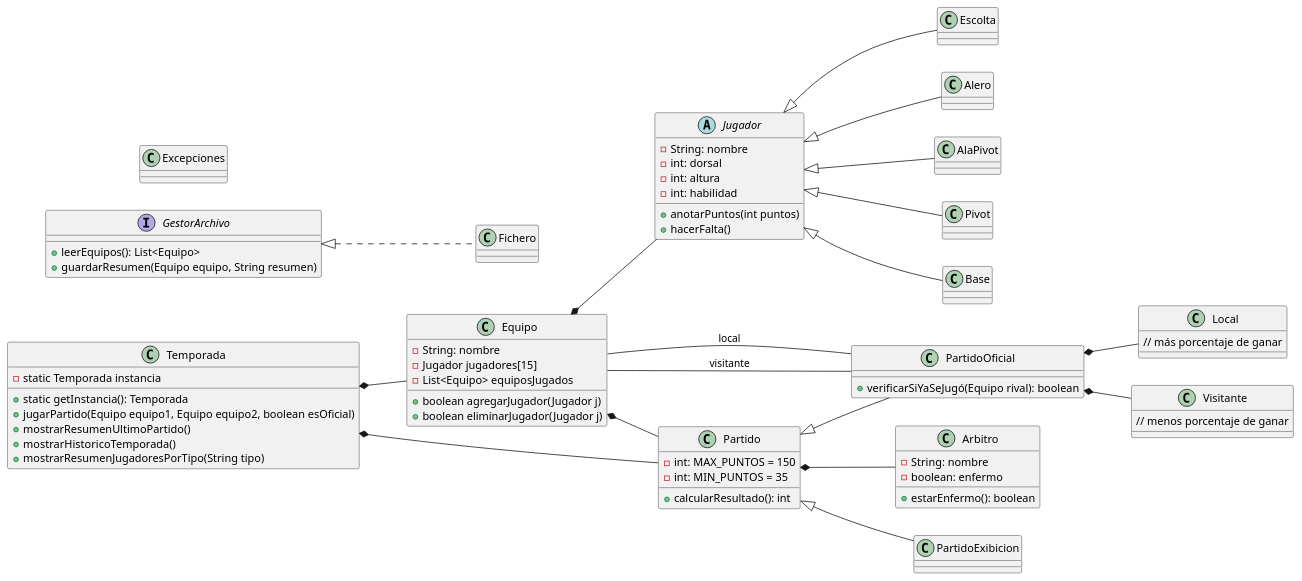
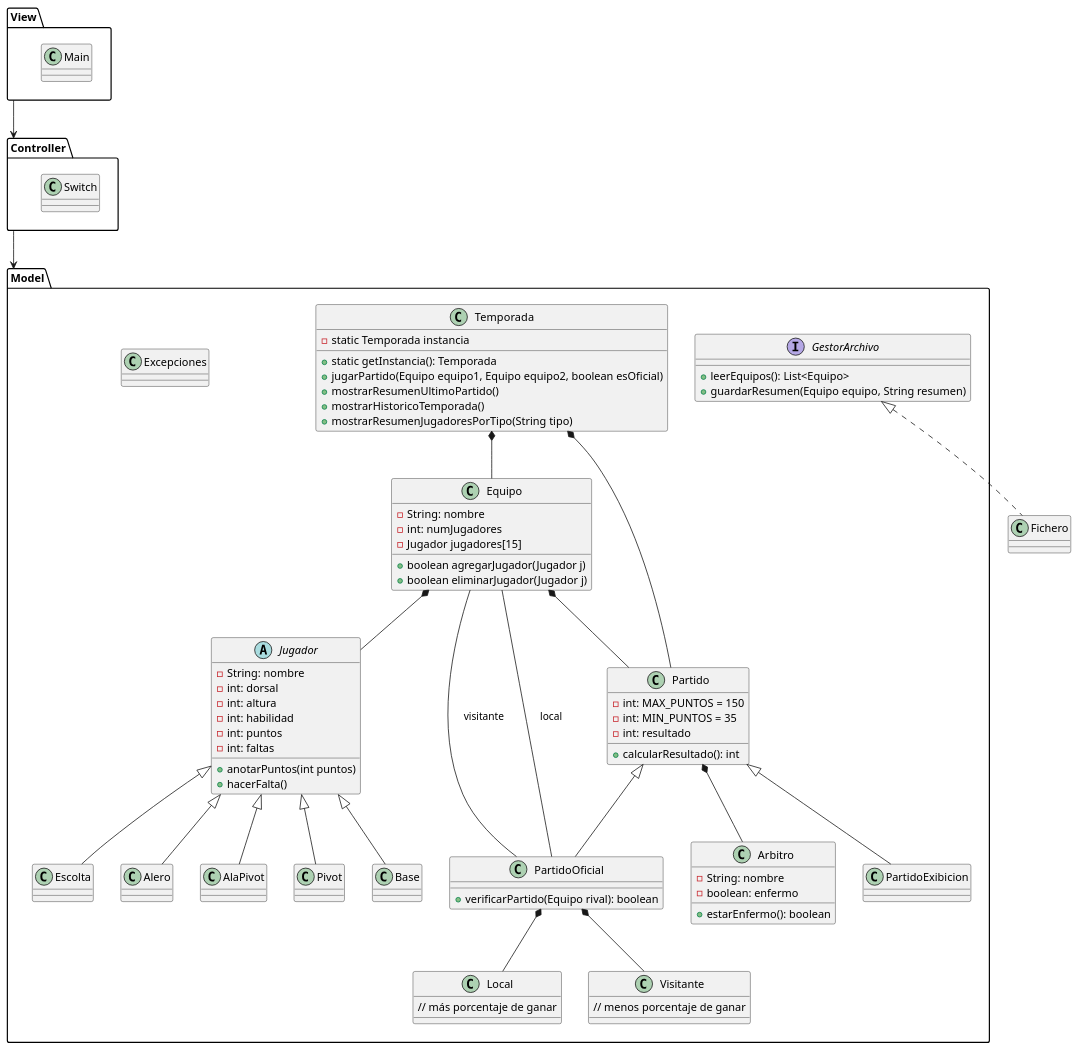
One commit to Jorgge22/Practica_3Evaluacion changed the diagram in practica/disenyo/disenyo.pu. Above: the diagram before and after it, drawn with PlantUML. The commit also changed 67 other files, not shown here.

```diff
--- a/practica/disenyo/disenyo.pu
+++ b/practica/disenyo/disenyo.pu
@@ -1,103 +1,119 @@
 @startuml basket
-left to right direction
+top to bottom direction
 
-class Equipo {
-    -String: nombre
-    -Jugador jugadores[15]
-    -List<Equipo> equiposJugados
-    +boolean agregarJugador(Jugador j)
-    +boolean eliminarJugador(Jugador j)
+package Model{
+    class Equipo {
+        -String: nombre
+        -int: numJugadores
+        -Jugador jugadores[15]
+        +boolean agregarJugador(Jugador j)
+        +boolean eliminarJugador(Jugador j)
+    }
+
+    abstract class Jugador {
+        -String: nombre
+        -int: dorsal
+        -int: altura
+        -int: habilidad
+        -int: puntos
+        -int: faltas
+        +anotarPuntos(int puntos)
+        +hacerFalta()
+    }
+
+    class Base {
+    }
+
+    class Escolta {
+    }
+
+    class Alero {
+    }
+
+    class AlaPivot {
+    }
+
+    class Pivot {
+    }
+
+    class Partido {
+        -int: MAX_PUNTOS = 150
+        -int: MIN_PUNTOS = 35
+        -int: resultado
+        +calcularResultado(): int
+    }
+
+    class PartidoExibicion {
+    }
+
+    class PartidoOficial {
+        +verificarPartido(Equipo rival): boolean
+    }
+
+    class Local {
+        // más porcentaje de ganar
+    }
+
+    class Visitante {
+        // menos porcentaje de ganar
+    }
+
+    class Arbitro {
+        -String: nombre
+        -boolean: enfermo
+        +estarEnfermo(): boolean
+    }
+
+    interface GestorArchivo {
+        +leerEquipos(): List<Equipo>
+        +guardarResumen(Equipo equipo, String resumen)
+    }
+
+    class Temporada {
+        -static Temporada instancia
+        +static getInstancia(): Temporada
+        +jugarPartido(Equipo equipo1, Equipo equipo2, boolean esOficial)
+        +mostrarResumenUltimoPartido()
+        +mostrarHistoricoTemporada()
+        +mostrarResumenJugadoresPorTipo(String tipo)
+    }
+
+    class Excepciones{
+    }
 }
 
-abstract class Jugador {
-    -String: nombre
-    -int: dorsal
-    -int: altura
-    -int: habilidad
-    +anotarPuntos(int puntos)
-    +hacerFalta()
+package View{
+    class Main{}
 }
 
-class Base {
-}
-
-class Escolta {
-}
-
-class Alero {
-}
-
-class AlaPivot {
-}
-
-class Pivot {
-}
-
-class Partido {
-    -int: MAX_PUNTOS = 150
-    -int: MIN_PUNTOS = 35
-    +calcularResultado(): int
-}
-
-class PartidoExibicion {
-}
-
-class PartidoOficial {
-    +verificarSiYaSeJugó(Equipo rival): boolean
-}
-
-class Local {
-    // más porcentaje de ganar
-}
-
-class Visitante {
-    // menos porcentaje de ganar
-}
-
-class Arbitro {
-    -String: nombre
-    -boolean: enfermo
-    +estarEnfermo(): boolean
-}
-
-interface GestorArchivo {
-    +leerEquipos(): List<Equipo>
-    +guardarResumen(Equipo equipo, String resumen)
-}
-
-class Temporada {
-    -static Temporada instancia
-    +static getInstancia(): Temporada
-    +jugarPartido(Equipo equipo1, Equipo equipo2, boolean esOficial)
-    +mostrarResumenUltimoPartido()
-    +mostrarHistoricoTemporada()
-    +mostrarResumenJugadoresPorTipo(String tipo)
-}
-
-class Excepciones{
+package Controller{
+    class Switch{}
 }
 
 Temporada *-- Partido
 Temporada *-- Equipo
 
 Equipo *-- Jugador
 Equipo *-- Partido
 
 Jugador <|-- Base
 Jugador <|-- Escolta
 Jugador <|-- Alero
 Jugador <|-- AlaPivot
 Jugador <|-- Pivot
 
 Partido *-- Arbitro
 Partido <|-- PartidoOficial
 Partido <|-- PartidoExibicion
 
 PartidoOficial *-- Local
 PartidoOficial *-- Visitante
 PartidoOficial -- Equipo : local
 PartidoOficial -- Equipo : visitante
 
 GestorArchivo <|.. Fichero
 
+View --> Controller
+Controller --> Model
+
 @enduml
```
